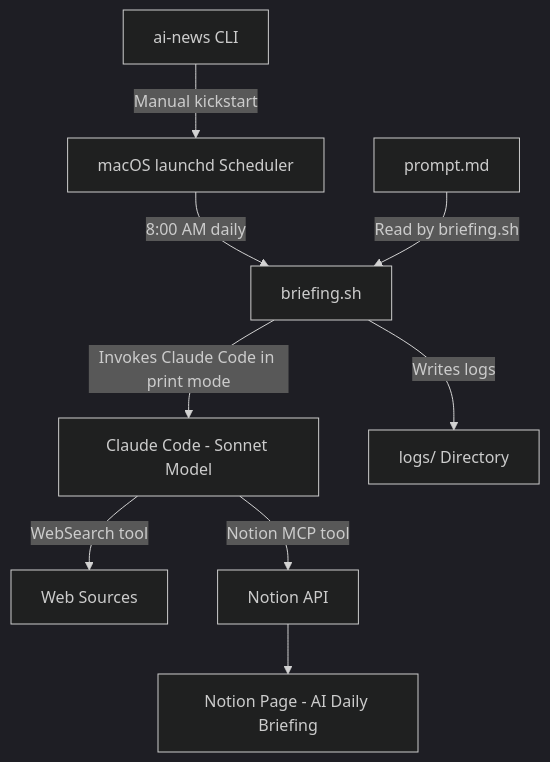
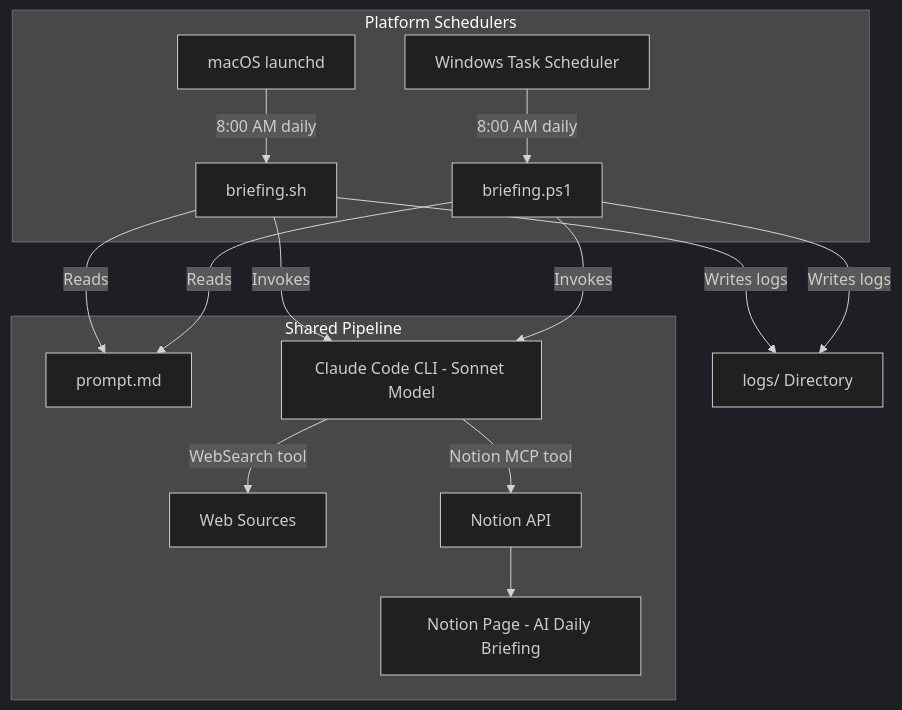
Before and after one commit to hoangsonww/ai-news-briefing: the first of 11 diagrams in ARCHITECTURE.md, drawn with Mermaid (dark theme). The commit also changed other lines of this file and 4 other files, not shown here.

First line of the commit message:
Add Windows support via PowerShell and Task Scheduler

````diff
--- a/ARCHITECTURE.md
+++ b/ARCHITECTURE.md
@@ -27,11 +29,20 @@
 ```mermaid
 graph TD
-    A[macOS launchd Scheduler] -->|8:00 AM daily| B[briefing.sh]
-    C[ai-news CLI] -->|Manual kickstart| A
-    B -->|Invokes Claude Code in print mode| D[Claude Code - Sonnet Model]
-    D -->|WebSearch tool| E[Web Sources]
-    D -->|Notion MCP tool| F[Notion API]
-    F --> G[Notion Page - AI Daily Briefing]
-    B -->|Writes logs| H[logs/ Directory]
-    I[prompt.md] -->|Read by briefing.sh| B
+    subgraph "Platform Schedulers"
+        A1[macOS launchd] -->|8:00 AM daily| B1[briefing.sh]
+        A2[Windows Task Scheduler] -->|8:00 AM daily| B2[briefing.ps1]
+    end
+
+    subgraph "Shared Pipeline"
+        B1 -->|Reads| P[prompt.md]
+        B2 -->|Reads| P
+        B1 -->|Invokes| D[Claude Code CLI - Sonnet Model]
+        B2 -->|Invokes| D
+        D -->|WebSearch tool| E[Web Sources]
+        D -->|Notion MCP tool| F[Notion API]
+        F --> G[Notion Page - AI Daily Briefing]
+    end
+
+    B1 -->|Writes logs| H[logs/ Directory]
+    B2 -->|Writes logs| H
 ```
````
